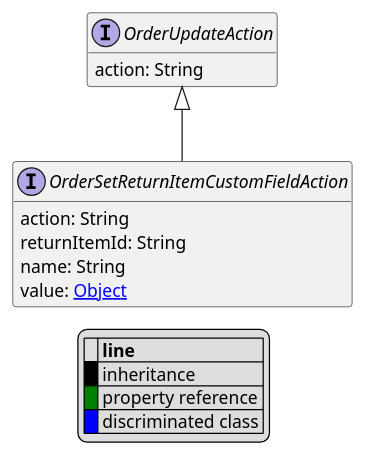
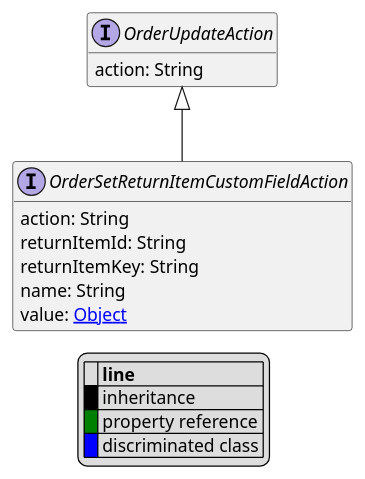
The diagram in uml/api/OrderSetReturnItemCustomFieldAction.puml (commercetools/commercetools-api-reference), drawn with PlantUML before and after one commit. The commit also changed 40 other files, not shown here.

```diff
--- a/uml/api/OrderSetReturnItemCustomFieldAction.puml
+++ b/uml/api/OrderSetReturnItemCustomFieldAction.puml
@@ -1,25 +1,26 @@
 @startuml
 
 hide empty fields
 hide empty methods
 legend
 |= |= line |
 |<back:black>   </back>| inheritance |
 |<back:green>   </back>| property reference |
 |<back:blue>   </back>| discriminated class |
 endlegend
 interface OrderSetReturnItemCustomFieldAction [[OrderSetReturnItemCustomFieldAction.svg]] extends OrderUpdateAction {
     action: String
     returnItemId: String
+    returnItemKey: String
     name: String
     value: [[Object.svg Object]]
 }
 interface OrderUpdateAction [[OrderUpdateAction.svg]]  {
     action: String
 }
 
 
 
 
 
 @enduml
```
